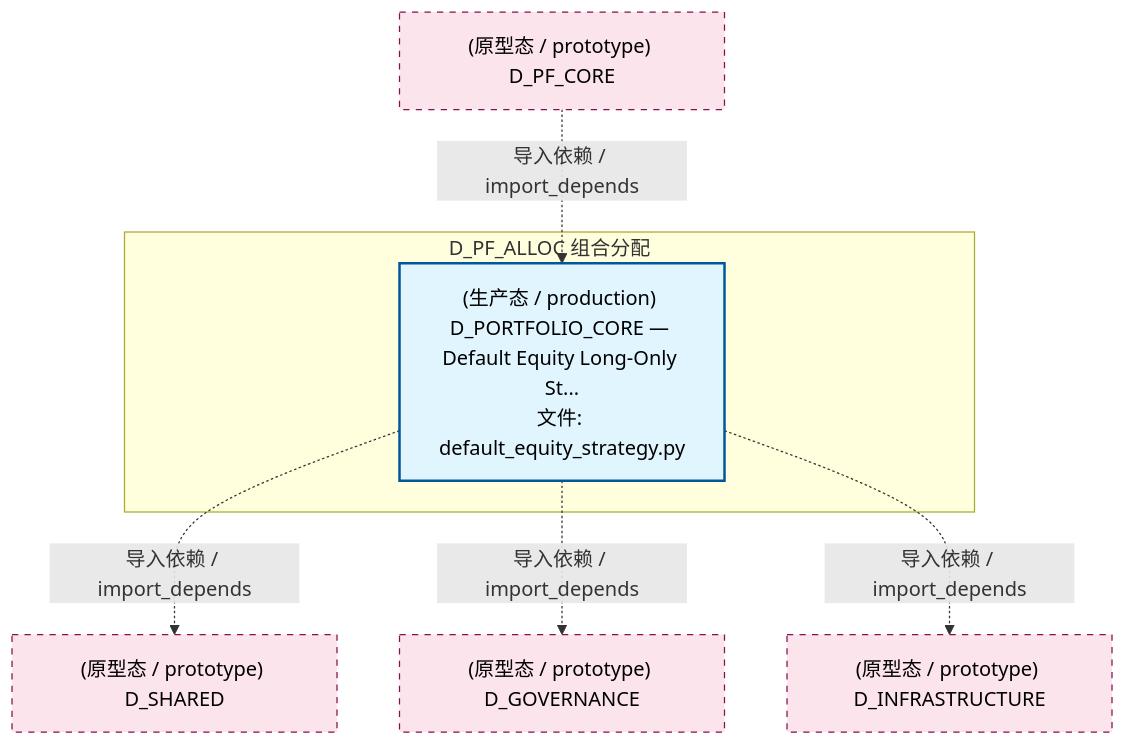
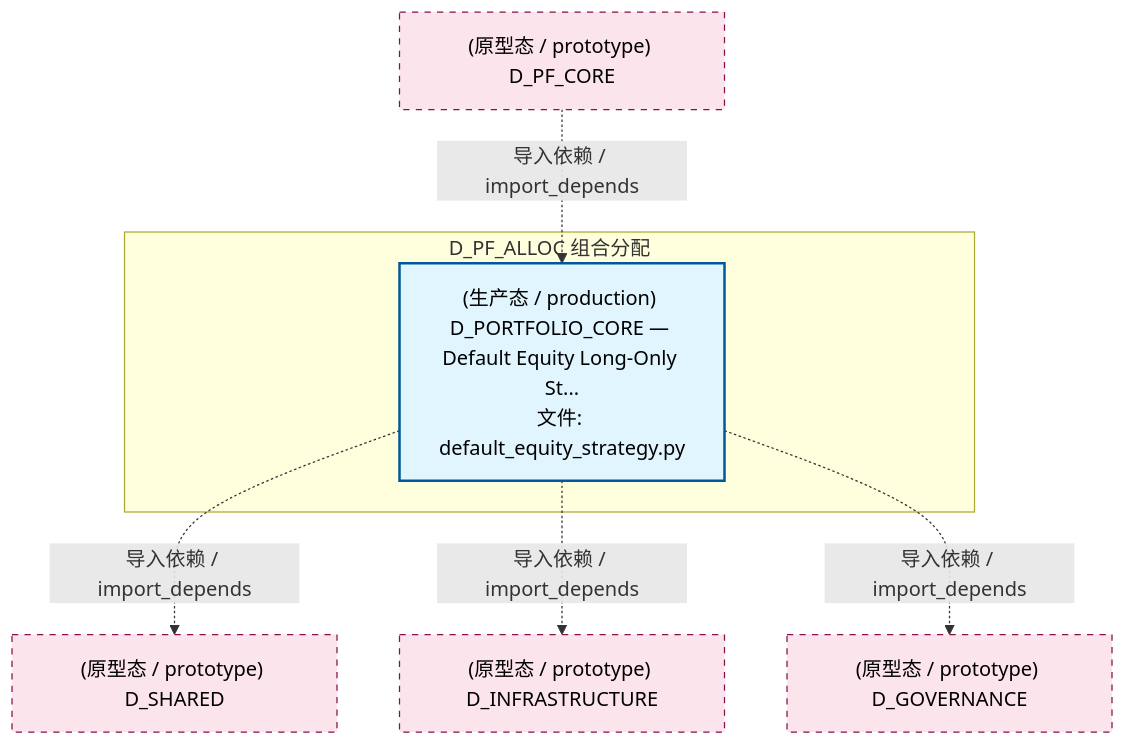
Before and after one commit to xuanFelixVan/ZephyrAlpha: the second of 5 diagrams in docs/02_enterprise_architecture/02_domain_architecture_docs/51_d_pf_alloc.md, drawn with Mermaid. The commit also changed other lines of this file and 126 other files, not shown here.

````diff
--- a/docs/02_enterprise_architecture/02_domain_architecture_docs/51_d_pf_alloc.md
+++ b/docs/02_enterprise_architecture/02_domain_architecture_docs/51_d_pf_alloc.md
@@ -110,20 +110,20 @@
 ```mermaid
 graph TD
     subgraph D_PF_ALLOC["D_PF_ALLOC 组合分配"]
         src_zephyr_pf_core_default_equity_strategy_py["(生产态 / production) D_PORTFOLIO_CORE — Default Equity Long-Only St...<br/>文件: default_equity_strategy.py"]
     end
     D_SHARED["(原型态 / prototype) D_SHARED"]
     src_zephyr_pf_core_default_equity_strategy_py -.->|导入依赖 / import_depends| D_SHARED
+    D_INFRASTRUCTURE["(原型态 / prototype) D_INFRASTRUCTURE"]
+    src_zephyr_pf_core_default_equity_strategy_py -.->|导入依赖 / import_depends| D_INFRASTRUCTURE
     D_GOVERNANCE["(原型态 / prototype) D_GOVERNANCE"]
     src_zephyr_pf_core_default_equity_strategy_py -.->|导入依赖 / import_depends| D_GOVERNANCE
-    D_INFRASTRUCTURE["(原型态 / prototype) D_INFRASTRUCTURE"]
-    src_zephyr_pf_core_default_equity_strategy_py -.->|导入依赖 / import_depends| D_INFRASTRUCTURE
     D_PF_CORE["(原型态 / prototype) D_PF_CORE"]
     D_PF_CORE -.->|导入依赖 / import_depends| src_zephyr_pf_core_default_equity_strategy_py
     classDef production fill:#e1f5fe,stroke:#01579b,stroke-width:2px,color:#000
     classDef design fill:#fff3e0,stroke:#e65100,stroke-width:2px,color:#000,stroke-dasharray: 5 5
     classDef external_prod fill:#e8f5e9,stroke:#1b5e20,stroke-width:1px,color:#000
     classDef external_design fill:#fce4ec,stroke:#880e4f,stroke-width:1px,color:#000,stroke-dasharray: 5 5
     class src_zephyr_pf_core_default_equity_strategy_py production
-    class D_SHARED,D_GOVERNANCE,D_INFRASTRUCTURE,D_PF_CORE external_design
+    class D_SHARED,D_INFRASTRUCTURE,D_GOVERNANCE,D_PF_CORE external_design
 ```
````
